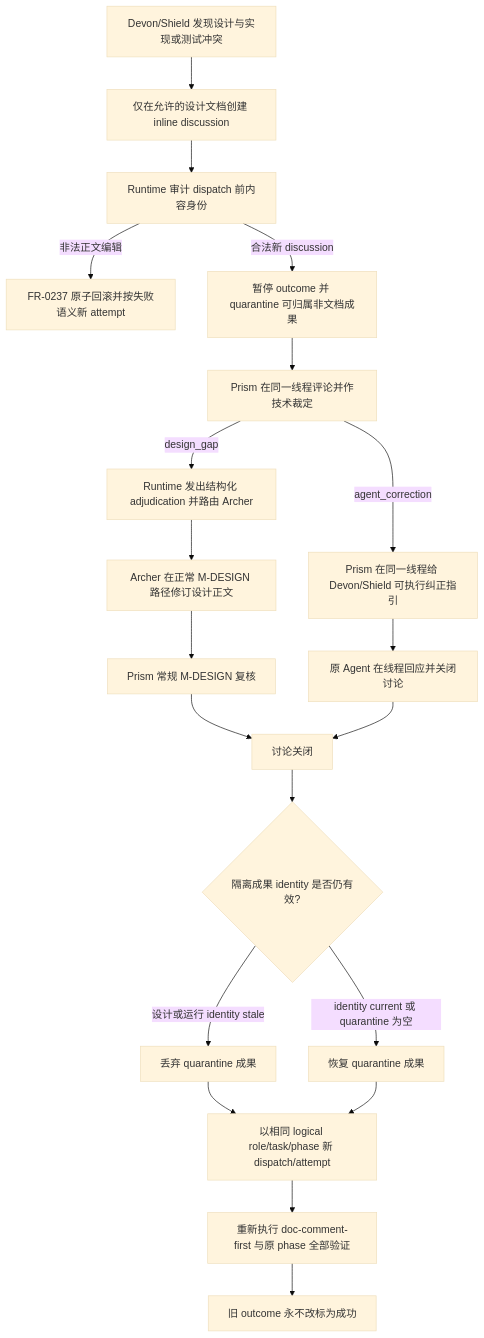
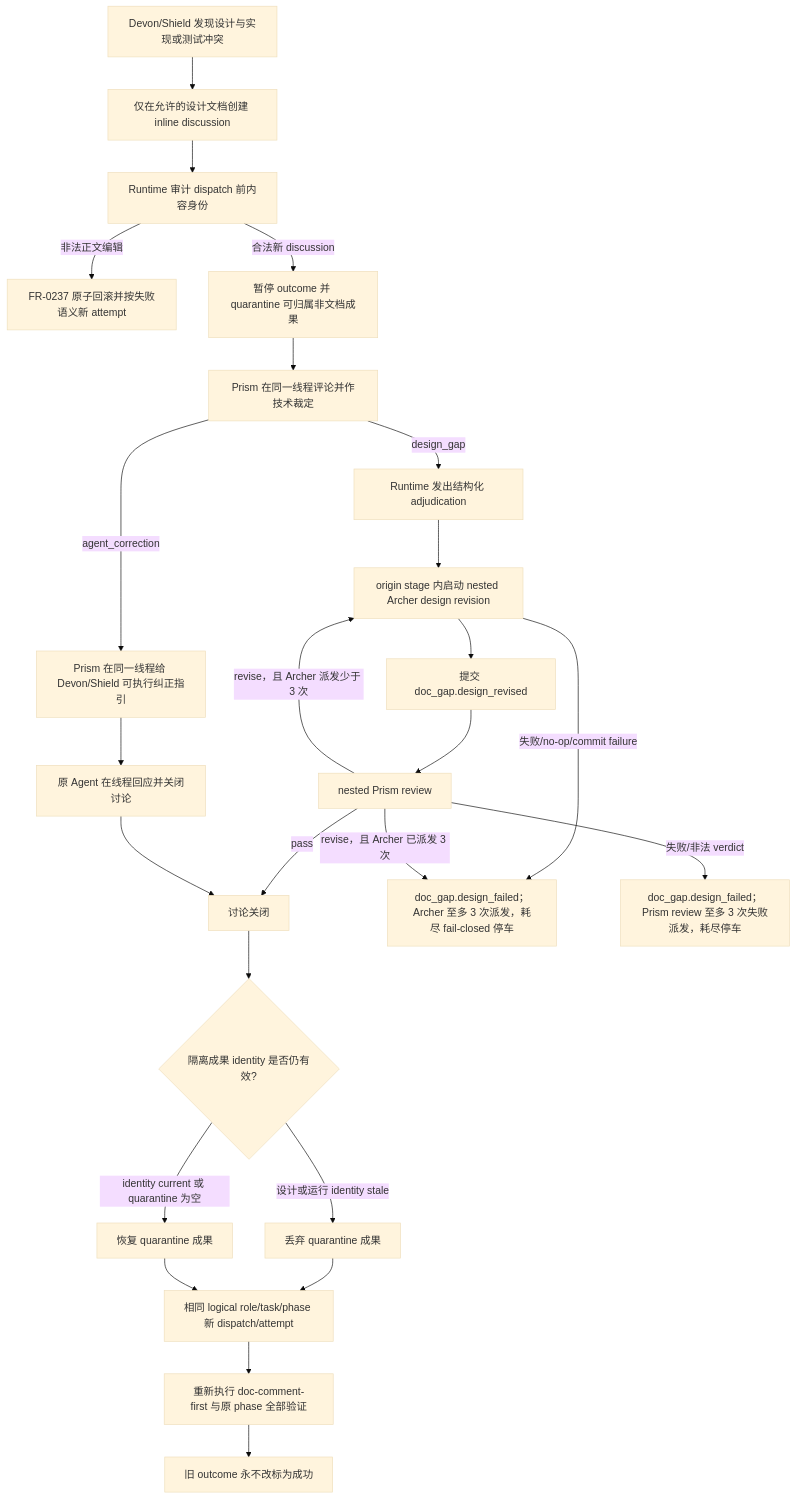
One commit to quantclaws/agent-on-tracks changed the ninth of 15 diagrams in .tracks/wiki/flow.md. Above: the diagram before and after it, drawn with Mermaid (base theme). The commit also changed other lines of this file and 12 other files, not shown here.

Commit message:
Complete SM-02 nested design-gap workflow

````diff
--- a/.tracks/wiki/flow.md
+++ b/.tracks/wiki/flow.md
@@ -685,22 +685,27 @@
 ```mermaid
 flowchart TD
     A[Devon/Shield 发现设计与实现或测试冲突] --> B[仅在允许的设计文档创建 inline discussion]
     B --> C[Runtime 审计 dispatch 前内容身份]
     C -->|非法正文编辑| D[FR-0237 原子回滚并按失败语义新 attempt]
     C -->|合法新 discussion| E[暂停 outcome 并 quarantine 可归属非文档成果]
     E --> F[Prism 在同一线程评论并作技术裁定]
-    F -->|design_gap| G[Runtime 发出结构化 adjudication 并路由 Archer]
-    G --> H[Archer 在正常 M-DESIGN 路径修订设计正文]
-    H --> I[Prism 常规 M-DESIGN 复核]
-    I --> J[讨论关闭]
-    F -->|agent_correction| K[Prism 在同一线程给 Devon/Shield 可执行纠正指引]
-    K --> L[原 Agent 在线程回应并关闭讨论]
-    L --> J
-    J --> M{隔离成果 identity 是否仍有效?}
-    M -->|设计或运行 identity stale| N[丢弃 quarantine 成果]
-    M -->|identity current 或 quarantine 为空| O[恢复 quarantine 成果]
-    N --> P[以相同 logical role/task/phase 新 dispatch/attempt]
-    O --> P
-    P --> Q[重新执行 doc-comment-first 与原 phase 全部验证]
-    Q --> R[旧 outcome 永不改标为成功]
+    F -->|design_gap| G[Runtime 发出结构化 adjudication]
+    G --> H[origin stage 内启动 nested Archer design revision]
+    H --> I[提交 doc_gap.design_revised]
+    I --> J[nested Prism review]
+    J -->|pass| K[讨论关闭]
+    J -->|revise，且 Archer 派发少于 3 次| H
+    F -->|agent_correction| L[Prism 在同一线程给 Devon/Shield 可执行纠正指引]
+    L --> M[原 Agent 在线程回应并关闭讨论]
+    M --> K
+    K --> N{隔离成果 identity 是否仍有效?}
+    N -->|设计或运行 identity stale| O[丢弃 quarantine 成果]
+    N -->|identity current 或 quarantine 为空| P[恢复 quarantine 成果]
+    O --> Q[相同 logical role/task/phase 新 dispatch/attempt]
+    P --> Q
+    Q --> R[重新执行 doc-comment-first 与原 phase 全部验证]
+    R --> S[旧 outcome 永不改标为成功]
+    H -->|失败/no-op/commit failure| T[doc_gap.design_failed；Archer 至多 3 次派发，耗尽 fail-closed 停车]
+    J -->|失败/非法 verdict| U[doc_gap.design_failed；Prism review 至多 3 次失败派发，耗尽停车]
+    J -->|revise，且 Archer 已派发 3 次| T
 ```
````
